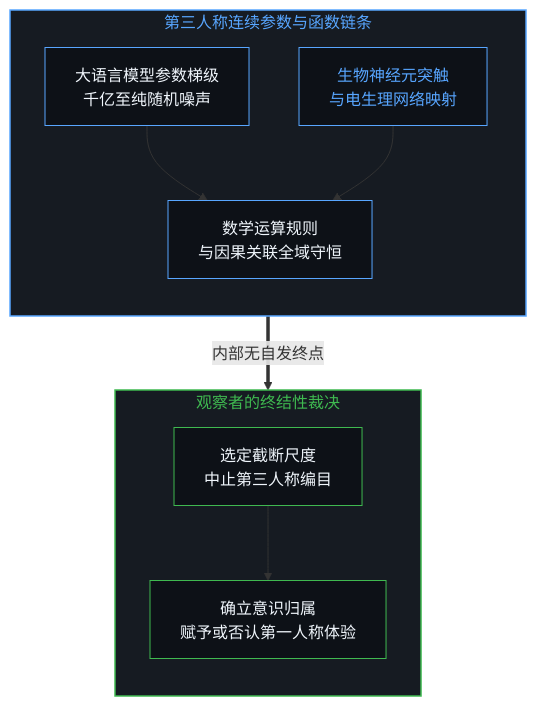
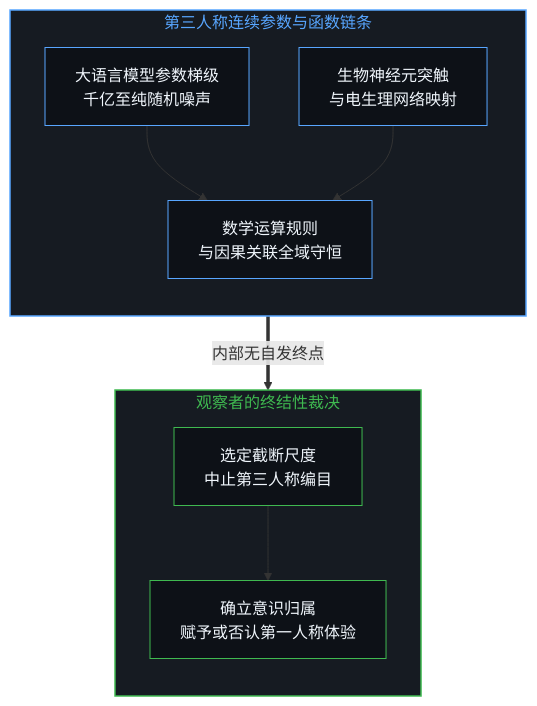
The first of 8 diagrams in content/posts/consciousness-ascription-and-the-quantum-cut.md (powerpig99/not-a-toe), drawn with Mermaid before and after one commit. The commit also changed other lines of this file and 12 other files, not shown here.

````diff
--- a/content/posts/consciousness-ascription-and-the-quantum-cut.md
+++ b/content/posts/consciousness-ascription-and-the-quantum-cut.md
@@ -17,27 +17,27 @@
 ```mermaid
 flowchart TD
     subgraph S_CHAIN_ZH ["第三人称连续参数与函数链条"]
         direction TB
         style S_CHAIN_ZH fill:#161b22,stroke:#58a6ff,stroke-width:1.5px,color:#58a6ff
         C_LLM["大语言模型参数梯级<br/>千亿至纯随机噪声"]
         C_Bio["生物神经元突触<br/>与电生理网络映射"]
         C_Rules["数学运算规则<br/>与因果关联全域守恒"]
         C_LLM --> C_Rules
         C_Bio --> C_Rules
         style C_LLM fill:#0d1117,stroke:#58a6ff,stroke-width:1px,color:#f0f6fc
-        style C_Bio fill:#0d1117,stroke:#58a6ff,stroke-width:1px,color:#58a6ff
+        style C_Bio fill:#0d1117,stroke:#58a6ff,stroke-width:1px,color:#f0f6fc
         style C_Rules fill:#0d1117,stroke:#58a6ff,stroke-width:1px,color:#f0f6fc
     end
 
     subgraph S_CUT_ZH ["观察者的终结性裁决"]
         direction TB
         style S_CUT_ZH fill:#161b22,stroke:#3fb950,stroke-width:1.5px,color:#3fb950
         O_Decide["选定截断尺度<br/>中止第三人称编目"]
         O_Ascribe["确立意识归属<br/>赋予或否认第一人称体验"]
         O_Decide --> O_Ascribe
         style O_Decide fill:#0d1117,stroke:#3fb950,stroke-width:1px,color:#f0f6fc
         style O_Ascribe fill:#0d1117,stroke:#3fb950,stroke-width:1px,color:#f0f6fc
     end
 
     C_Rules ==>|"内部无自发终点"| O_Decide
 ```
````
